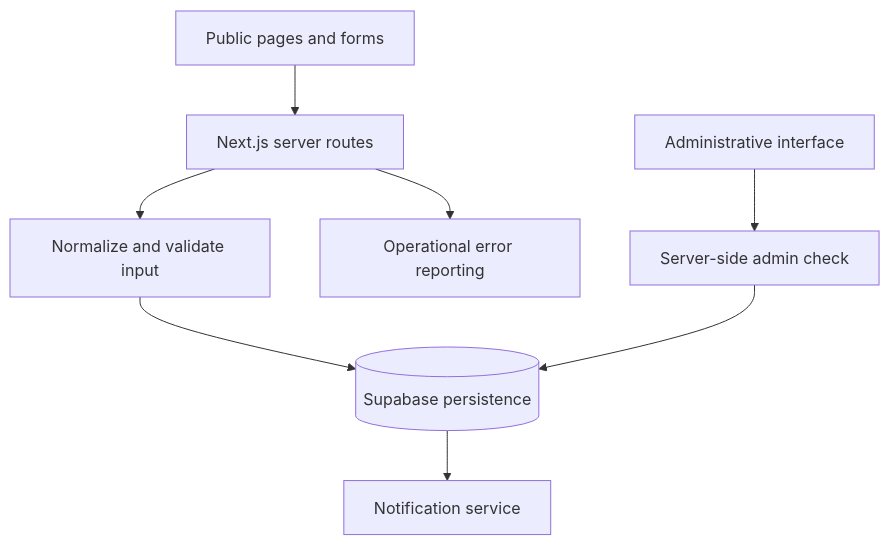
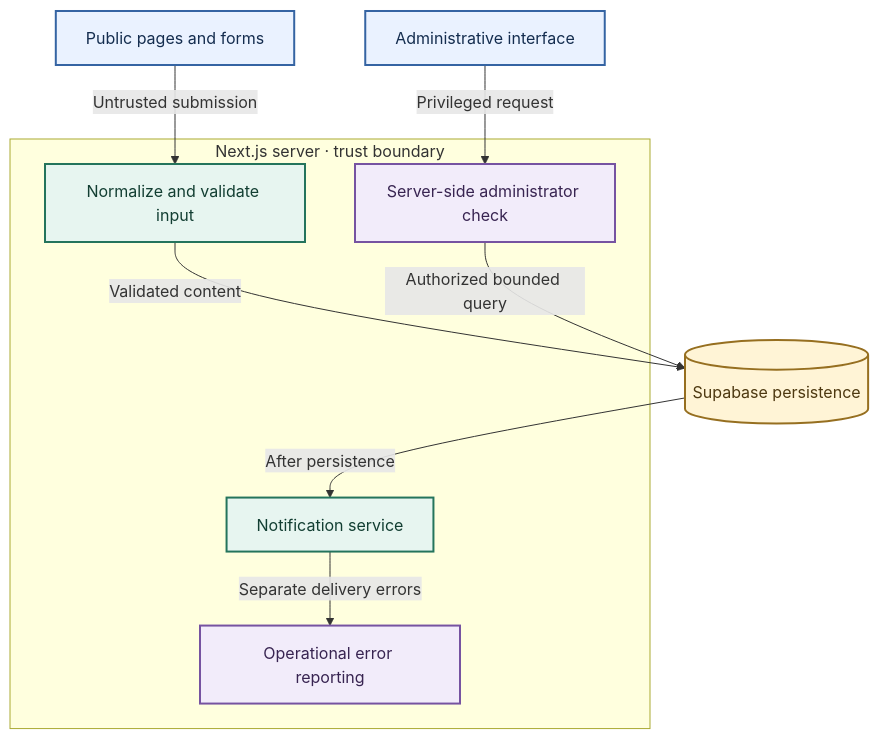
The diagram in README.md (Lawi-Mwaura/Catherine-Gathoni-showcase), drawn with Mermaid before and after one commit. The commit also changed other lines of this file, not shown here.

Commit message:
Format project documentation with labelled system design and reviewed screenshots

````diff
--- a/README.md
+++ b/README.md
@@ -19,10 +29,26 @@
 ```mermaid
 flowchart TB
-    PUBLIC[Public pages and forms] --> API[Next.js server routes]
-    API --> VALIDATE[Normalize and validate input]
-    VALIDATE --> DB[(Supabase persistence)]
-    DB --> EMAIL[Notification service]
-    ADMIN[Administrative interface] --> GATE[Server-side admin check]
-    GATE --> DB
-    API --> OPS[Operational error reporting]
+    PUBLIC[Public pages and forms]
+    ADMIN[Administrative interface]
+    subgraph SERVER[Next.js server · trust boundary]
+        VALIDATE[Normalize and validate input]
+        GATE[Server-side administrator check]
+        EMAIL[Notification service]
+        OPS[Operational error reporting]
+    end
+    DB[(Supabase persistence)]
+    PUBLIC -->|Untrusted submission| VALIDATE
+    VALIDATE -->|Validated content| DB
+    DB -->|After persistence| EMAIL
+    EMAIL -->|Separate delivery errors| OPS
+    ADMIN -->|Privileged request| GATE
+    GATE -->|Authorized bounded query| DB
+    classDef client fill:#EAF2FF,stroke:#3564A3,color:#142D4F,stroke-width:2px;
+    classDef service fill:#E7F5F0,stroke:#24745C,color:#123E32,stroke-width:2px;
+    classDef data fill:#FFF4D6,stroke:#966F20,color:#4D3810,stroke-width:2px;
+    classDef control fill:#F2ECFA,stroke:#7653A1,color:#382451,stroke-width:2px;
+    class PUBLIC,ADMIN client;
+    class VALIDATE,EMAIL service;
+    class DB data;
+    class GATE,OPS control;
 ```
````
